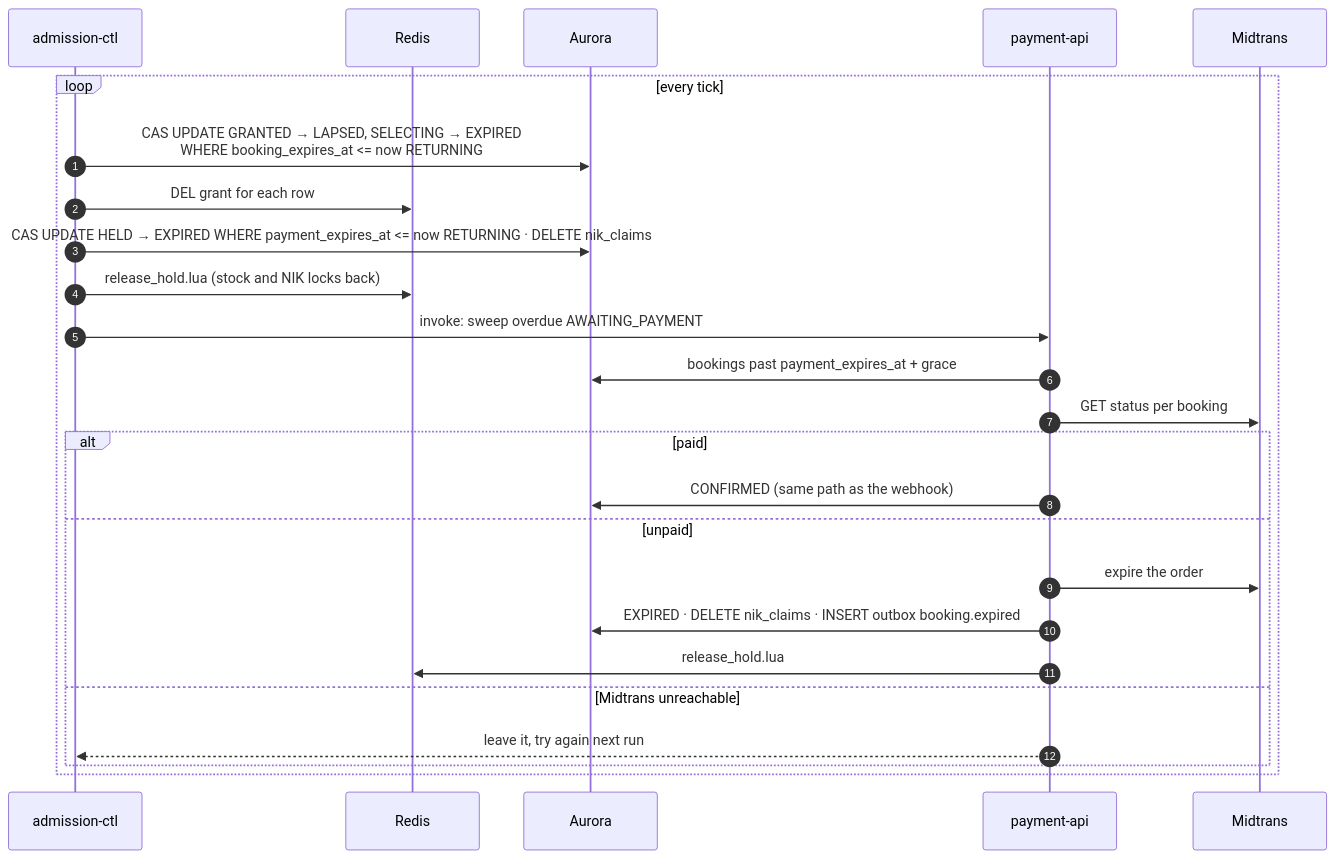
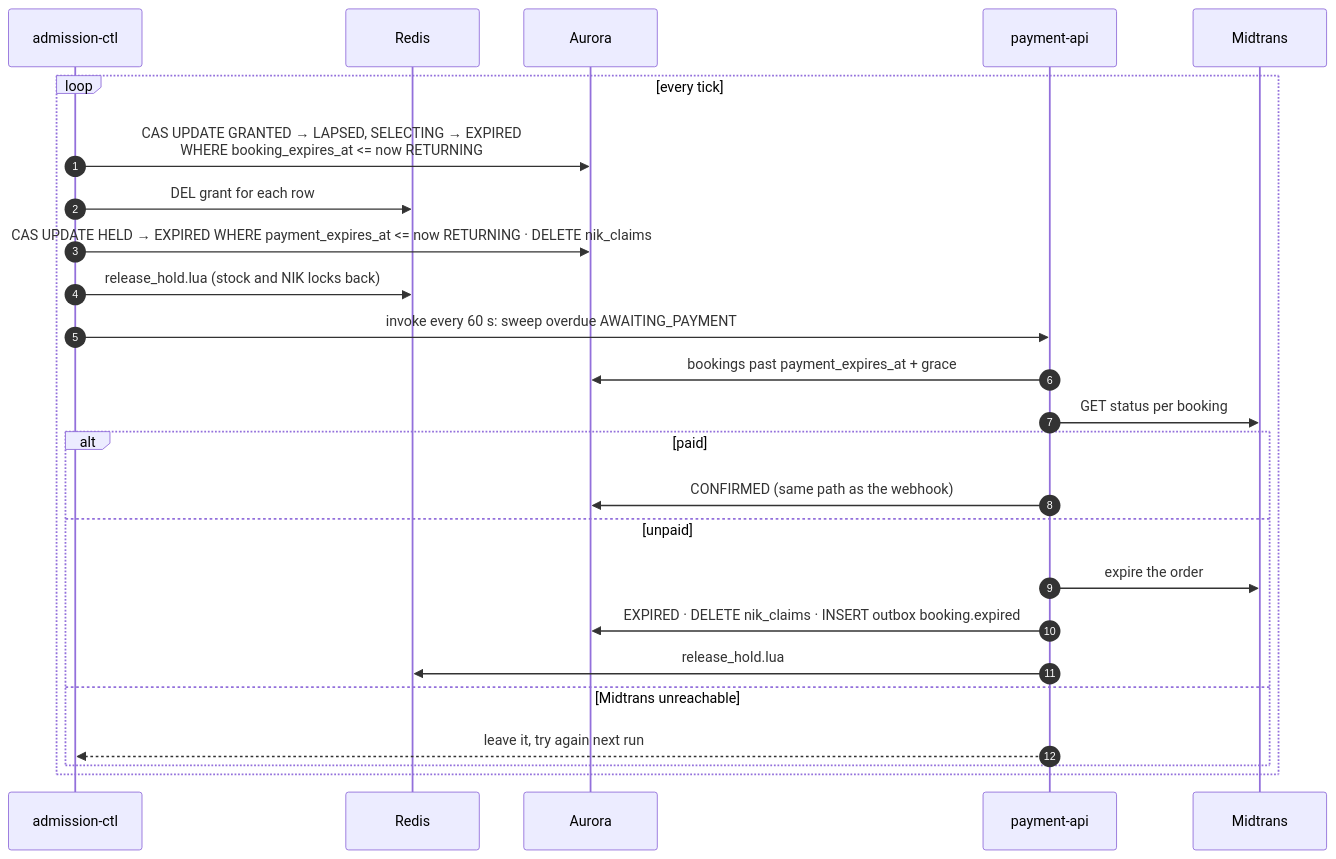
Diagram 11 of 14 in high-level-design.md (PTServerJanganTumbang-BookingTicket/documentations), drawn with Mermaid before and after one commit. The commit also changed other lines of this file, not shown here.

Commit message:
[erma] docs: refine HLD diagrams

````diff
--- a/high-level-design.md
+++ b/high-level-design.md
@@ -379,28 +458,28 @@
 ```mermaid
 sequenceDiagram
     autonumber
     participant CTL as admission-ctl
     participant R as Redis
     participant DB as Aurora
     participant P as payment-api
     participant M as Midtrans
 
     loop every tick
         CTL->>DB: CAS UPDATE GRANTED → LAPSED, SELECTING → EXPIRED<br/>WHERE booking_expires_at <= now RETURNING
         CTL->>R: DEL grant for each row
         CTL->>DB: CAS UPDATE HELD → EXPIRED WHERE payment_expires_at <= now RETURNING · DELETE nik_claims
         CTL->>R: release_hold.lua (stock and NIK locks back)
-        CTL->>P: invoke: sweep overdue AWAITING_PAYMENT
+        CTL->>P: invoke every 60 s: sweep overdue AWAITING_PAYMENT
         P->>DB: bookings past payment_expires_at + grace
         P->>M: GET status per booking
         alt paid
             P->>DB: CONFIRMED (same path as the webhook)
         else unpaid
             P->>M: expire the order
             P->>DB: EXPIRED · DELETE nik_claims · INSERT outbox booking.expired
             P->>R: release_hold.lua
         else Midtrans unreachable
             P-->>CTL: leave it, try again next run
         end
     end
 ```
````
